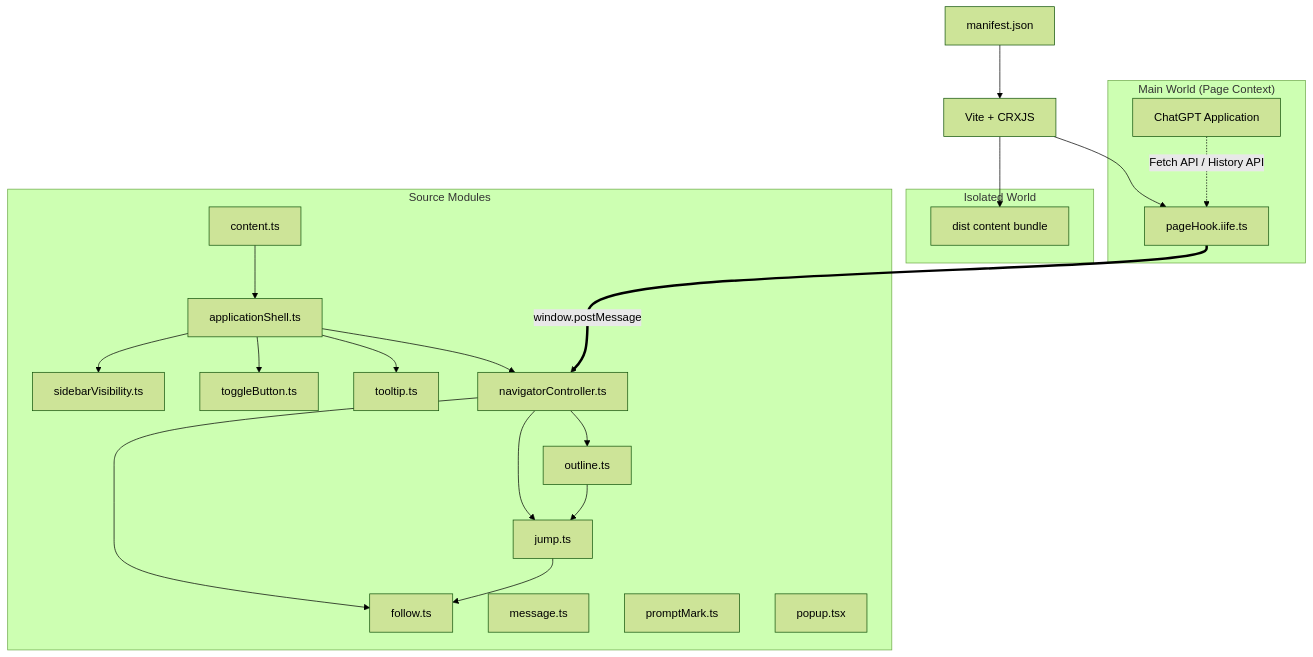
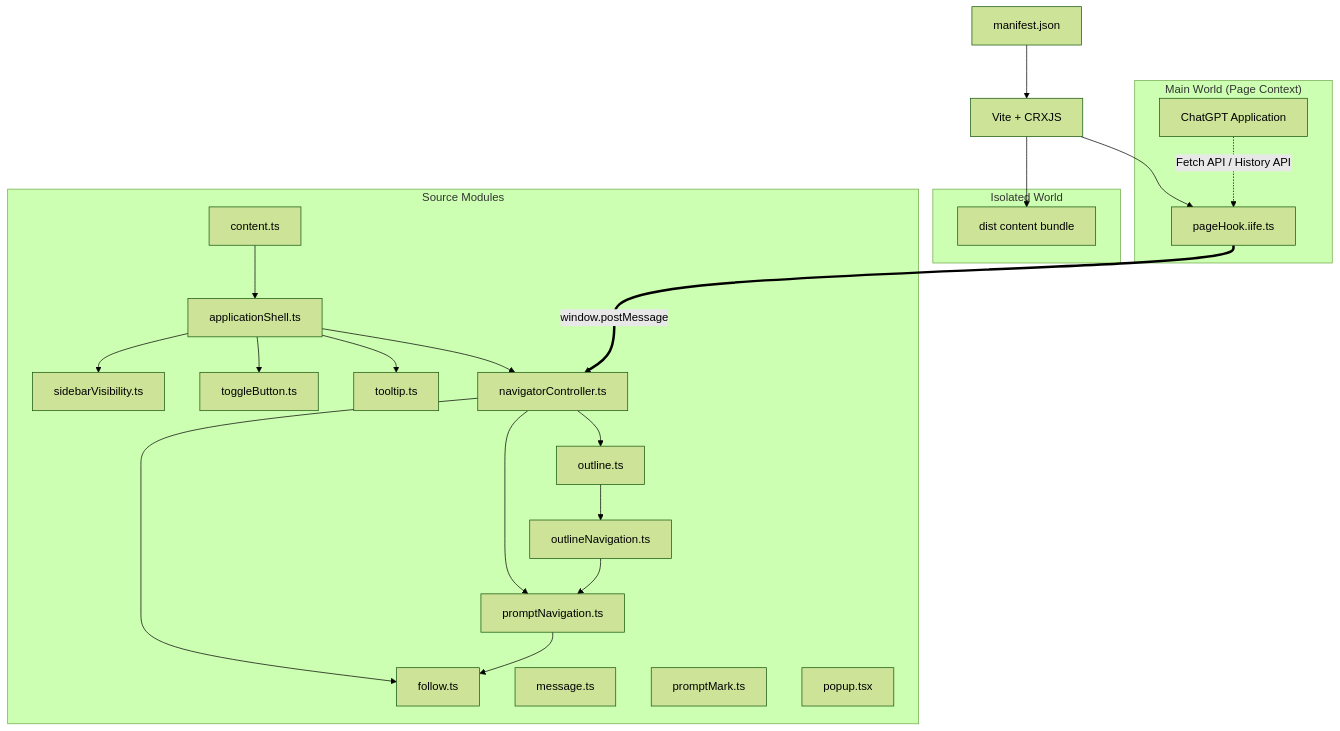
One commit to Leo7805/luna-toc changed the diagram in docs/ARCHITECTURE.md. Above: the diagram before and after it, drawn with Mermaid (forest theme). The commit also changed other lines of this file and 13 other files, not shown here.

Commit message:
refactor(navigation): isolate prompt outline and follow modules

````diff
--- a/docs/ARCHITECTURE.md
+++ b/docs/ARCHITECTURE.md
@@ -15,45 +15,47 @@
 ```mermaid
 graph TD
     manifest[manifest.json]
     vite[Vite + CRXJS]
 
     subgraph sourceModules["Source Modules"]
         content[content.ts]
         outline[outline.ts]
+        outlineNavigation[outlineNavigation.ts]
         follow[follow.ts]
-        jump[jump.ts]
+        promptNavigation[promptNavigation.ts]
         msg[message.ts]
         mark[promptMark.ts]
         vis[sidebarVisibility.ts]
         btn[toggleButton.ts]
         tip[tooltip.ts]
         navigator[navigatorController.ts]
         shell[applicationShell.ts]
         popup[popup.tsx]
     end
 
     subgraph isolatedWorld["Isolated World"]
         contentBundle[dist content bundle]
     end
 
     subgraph mainWorld["Main World (Page Context)"]
         hook[pageHook.iife.ts]
         chatgpt[ChatGPT Application]
     end
 
     manifest --> vite
     content --> shell
     shell --> navigator
     shell --> vis
     shell --> btn
     shell --> tip
     navigator --> outline
-    navigator --> jump
+    navigator --> promptNavigation
     navigator --> follow
-    outline --> jump
-    jump --> follow
+    outline --> outlineNavigation
+    outlineNavigation --> promptNavigation
+    promptNavigation --> follow
     vite --> contentBundle
     vite --> hook
     hook ===>|window.postMessage| navigator
     chatgpt -.->|Fetch API / History API| hook
 ```
````
